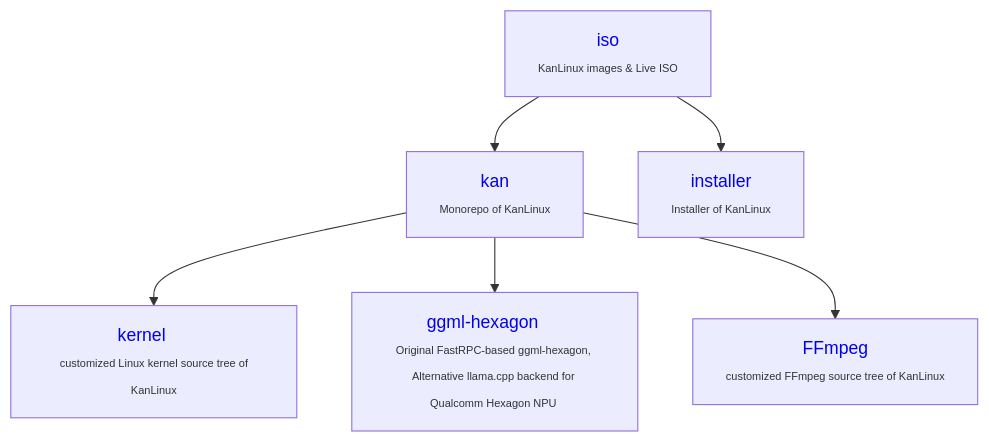
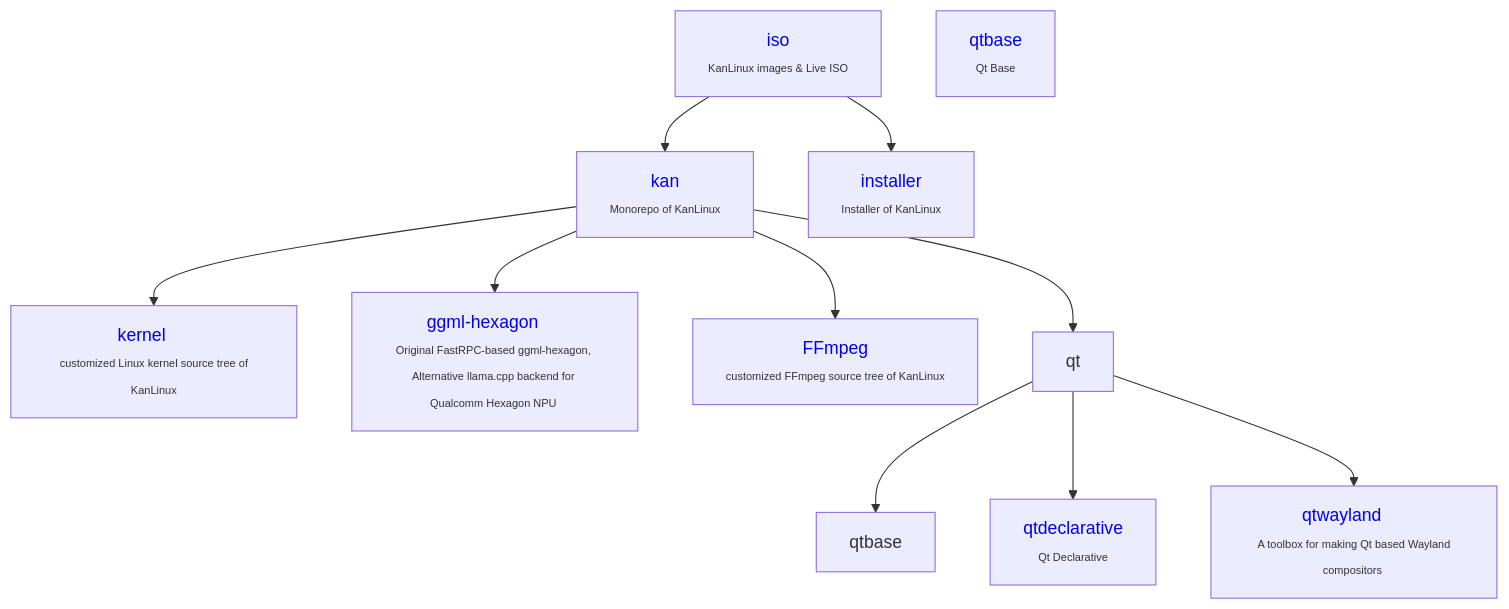
Before and after one commit to kan-linux/.github: the diagram in profile/README.md, drawn with Mermaid.

Commit message:
Update README with Qt project links
Added links for Qt-related projects in README.

````diff
--- a/profile/README.md
+++ b/profile/README.md
@@ -11,30 +11,42 @@
 ```mermaid
 
 graph TD;
 iso --> kan
 iso --> installer
 
 kan --> kernel
 kan --> ggml-hexagon
 kan --> ffmpeg
+kan --> qt
+
+
+qt --> qtbase
+qt --> qtdeclarative
+qt --> qtwayland
 
 
 
 iso[<a href="https://github.com/kan-linux/iso"                       style="text-decoration:none;">iso</a>            <br><span style="font-size:10px;">KanLinux images & Live ISO</span>];
 kan[<a href="https://github.com/kan-linux/kan"         style="text-decoration:none;">kan</a>     <br><span style="font-size:10px;">Monorepo of KanLinux</span>];
 
 installer[<a href="https://github.com/kan-linux/installer"         style="text-decoration:none;">installer</a>     <br><span style="font-size:10px;">Installer of KanLinux</span>];
 
 
 
 kernel[<a href="https://github.com/kan-linux/kernel"         style="text-decoration:none;">kernel</a>     <br><span style="font-size:10px;"> customized Linux kernel source tree of KanLinux</span>];
 
 
 ggml-hexagon[<a href="https://github.com/kan-linux/ggml-hexagon/discussions/84"         style="text-decoration:none;">ggml-hexagon</a>     <br><span style="font-size:10px;">Original FastRPC-based ggml-hexagon, Alternative llama.cpp backend for Qualcomm Hexagon NPU </span>];
 
 
 
 ffmpeg[<a href="https://github.com/kan-linux/ffmpeg"         style="text-decoration:none;">FFmpeg</a>     <br><span style="font-size:10px;"> customized FFmpeg source tree of KanLinux</span>];
 
 
+qt-base[<a href="https://github.com/kan-linux/qtbase"         style="text-decoration:none;">qtbase</a>     <br><span style="font-size:10px;"> Qt Base </span>];
+
+qtdeclarative[<a href="https://github.com/kan-linux/qtdeclarative"         style="text-decoration:none;">qtdeclarative</a>     <br><span style="font-size:10px;"> Qt Declarative </span>];
+
+qtwayland[<a href="https://github.com/kan-linux/qtwayland"         style="text-decoration:none;">qtwayland</a>     <br><span style="font-size:10px;"> A toolbox for making Qt based Wayland compositors </span>];
+
 ```
````
